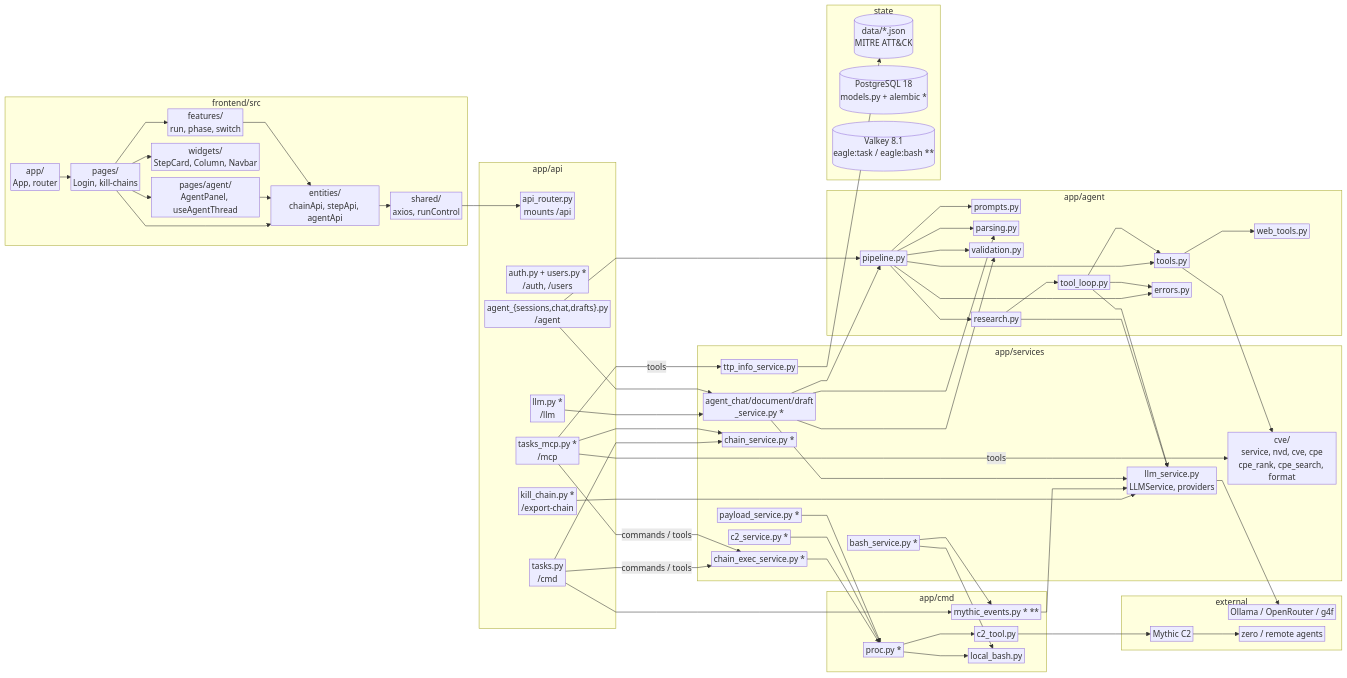
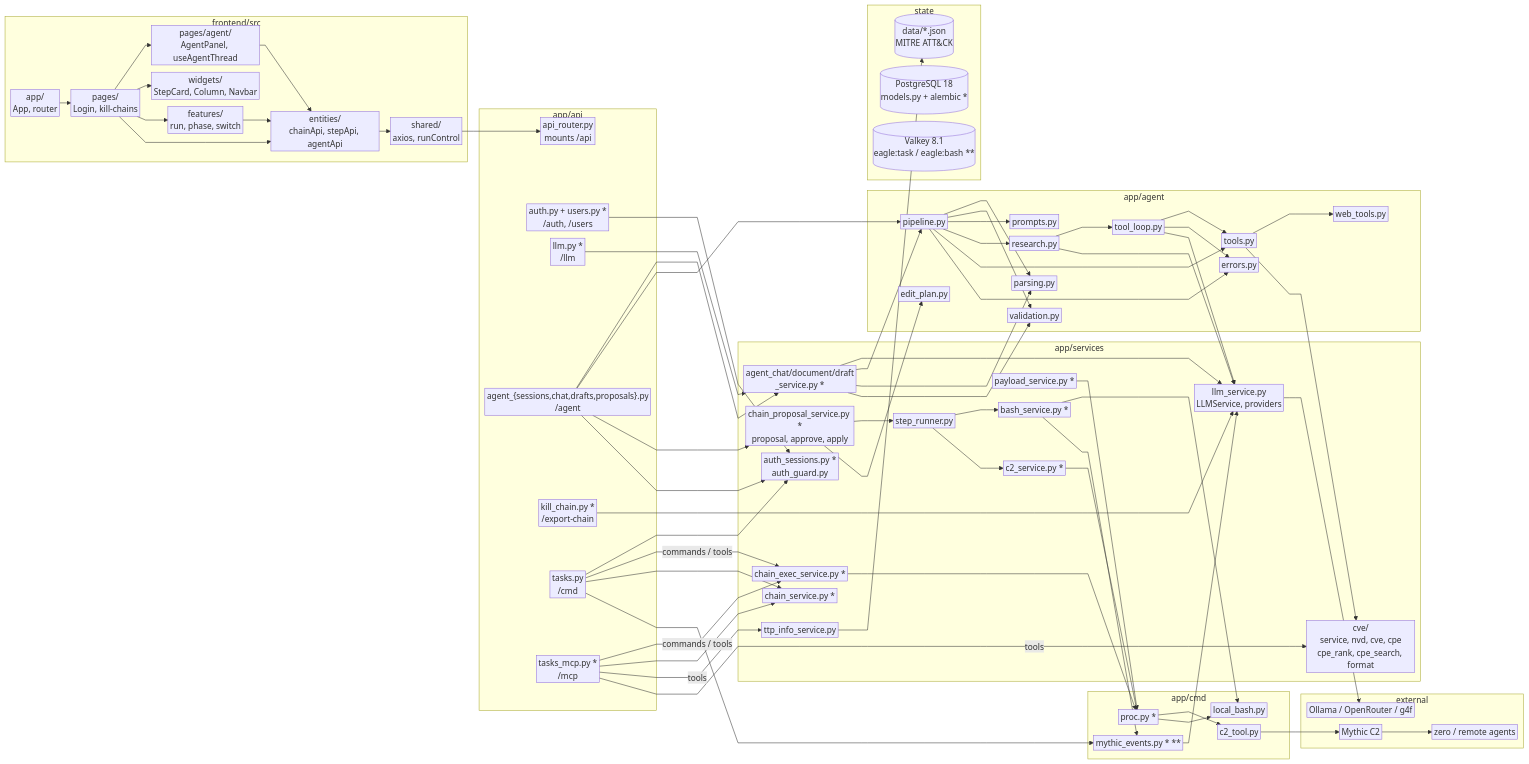
Before and after one commit to eogod/EAGLE: the first of 2 diagrams in docs/architecture.md, drawn with Mermaid. The commit also changed other lines of this file and 2 other files, not shown here.

Commit message:
update readme and architecture

```diff
--- a/docs/architecture.md
+++ b/docs/architecture.md
@@ -44,7 +45,7 @@
         api_router["api_router.py<br/>mounts /api"]
         auth_api["auth.py + users.py *<br/>/auth, /users"]
         llm_api["llm.py *<br/>/llm"]
-        agent_api["agent_{sessions,chat,drafts}.py<br/>/agent"]
+        agent_api["agent_{sessions,chat,drafts,proposals}.py<br/>/agent"]
         export_api["kill_chain.py *<br/>/export-chain"]
         tasks_api["tasks.py<br/>/cmd"]
         mcp_api["tasks_mcp.py *<br/>/mcp"]
@@ -53,6 +54,9 @@
     subgraph SVC["app/services"]
         llm_svc["llm_service.py<br/>LLMService, providers"]
         agent_svc["agent_chat/document/draft<br/>_service.py *"]
+        proposal_svc["chain_proposal_service.py *<br/>proposal, approve, apply"]
+        auth_svc["auth_sessions.py *<br/>auth_guard.py"]
+        step_svc["step_runner.py"]
         ttp_svc["ttp_info_service.py"]
         cve_svc["cve/<br/>service, nvd, cve, cpe<br/>cpe_rank, cpe_search, format"]
         chain_svc["chain_service.py *"]
@@ -71,6 +75,7 @@
 
     subgraph AGENT["app/agent"]
         pipeline["pipeline.py"]
+        editplan["edit_plan.py"]
         prompts["prompts.py"]
         parsing["parsing.py"]
         validation["validation.py"]
@@ -107,6 +112,14 @@
     llm_api --> agent_svc
     agent_api --> agent_svc
     agent_api --> pipeline
+    agent_api --> proposal_svc
+    auth_api --> auth_svc
+    agent_api --> auth_svc
+    tasks_api --> auth_svc
+    proposal_svc --> step_svc
+    proposal_svc --> editplan
+    step_svc --> bash_svc
+    step_svc --> c2_svc
     tasks_api & mcp_api -->|commands / tools| exec_svc
     tasks_api & mcp_api --> chain_svc
     tasks_api --> events
```
